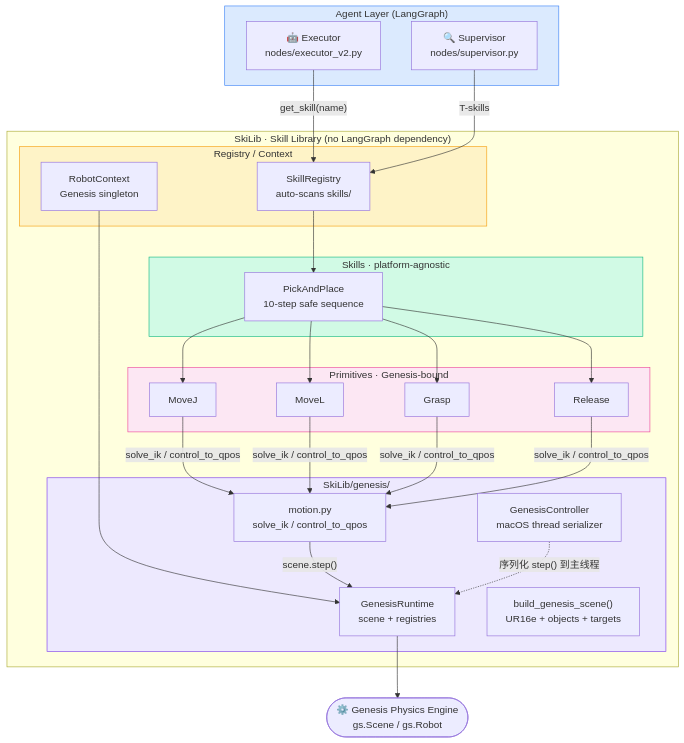
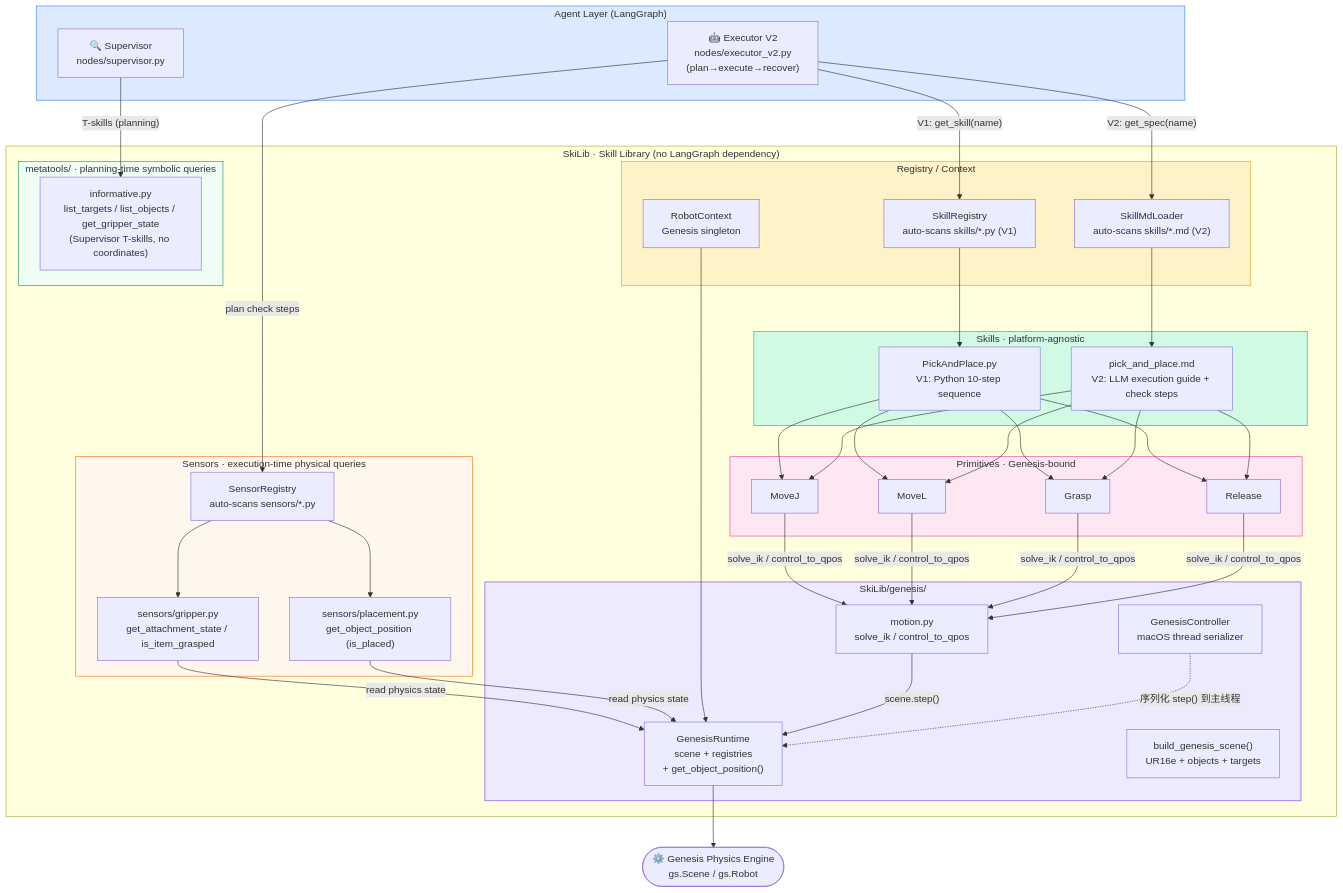
One commit to SniperPigeon/RoboSkiAgent changed the first of 2 diagrams in SkiLib/ARCHITECTURE.md. Above: the diagram before and after it, drawn with Mermaid. The commit also changed other lines of this file and 4 other files, not shown here.

````diff
--- a/SkiLib/ARCHITECTURE.md
+++ b/SkiLib/ARCHITECTURE.md
@@ -11,45 +11,62 @@
 ```mermaid
 graph TB
     subgraph Agent["Agent Layer (LangGraph)"]
-        EXE["🤖 Executor\nnodes/executor_v2.py"]
+        EXE["🤖 Executor V2\nnodes/executor_v2.py\n(plan→execute→recover)"]
         SUP["🔍 Supervisor\nnodes/supervisor.py"]
     end
 
     subgraph SkiLib["SkiLib · Skill Library (no LangGraph dependency)"]
         subgraph Reg["Registry / Context"]
-            SR["SkillRegistry\nauto-scans skills/"]
+            SR["SkillRegistry\nauto-scans skills/*.py (V1)"]
+            SML["SkillMdLoader\nauto-scans skills/*.md (V2)"]
             RC["RobotContext\nGenesis singleton"]
         end
         subgraph Skills["Skills · platform-agnostic"]
-            PaP["PickAndPlace\n10-step safe sequence"]
+            PaP_py["PickAndPlace.py\nV1: Python 10-step sequence"]
+            PaP_md["pick_and_place.md\nV2: LLM execution guide + check steps"]
         end
         subgraph Prims["Primitives · Genesis-bound"]
             MJ["MoveJ"] & ML["MoveL"]
             GR["Grasp"] & RE["Release"]
         end
+        subgraph SensorLayer["Sensors · execution-time physical queries"]
+            SReg["SensorRegistry\nauto-scans sensors/*.py"]
+            SGrip["sensors/gripper.py\nget_attachment_state / is_item_grasped"]
+            SPlace["sensors/placement.py\nget_object_position (is_placed)"]
+        end
+        subgraph Meta["metatools/ · planning-time symbolic queries"]
+            INFO["informative.py\nlist_targets / list_objects / get_gripper_state\n(Supervisor T-skills, no coordinates)"]
+        end
         subgraph Genesis["SkiLib/genesis/"]
-            GRT["GenesisRuntime\nscene + registries"]
+            GRT["GenesisRuntime\nscene + registries\n+ get_object_position()"]
             GSC["build_genesis_scene()\nUR16e + objects + targets"]
             GMO["motion.py\nsolve_ik / control_to_qpos"]
             GCT["GenesisController\nmacOS thread serializer"]
         end
     end
 
     GS(["⚙️ Genesis Physics Engine\ngs.Scene / gs.Robot"])
 
-    EXE -->|"get_skill(name)"| SR
-    SUP -->|"T-skills"| SR
-    SR --> PaP
-    PaP --> MJ & ML & GR & RE
+    EXE -->|"V1: get_skill(name)"| SR
+    EXE -->|"V2: get_spec(name)"| SML
+    EXE -->|"plan check steps"| SReg
+    SUP -->|"T-skills (planning)"| INFO
+    SR --> PaP_py
+    SML --> PaP_md
+    PaP_py & PaP_md --> MJ & ML & GR & RE
+    SReg --> SGrip & SPlace
+    SGrip & SPlace -->|"read physics state"| GRT
     RC --> GRT
     MJ & ML & GR & RE -->|"solve_ik / control_to_qpos"| GMO
     GMO -->|"scene.step()"| GRT
     GRT --> GS
     GCT -.->|"序列化 step() 到主线程"| GRT
 
     style Agent fill:#dbeafe,stroke:#3b82f6
     style Skills fill:#d1fae5,stroke:#10b981
     style Prims fill:#fce7f3,stroke:#ec4899
     style Reg fill:#fef3c7,stroke:#f59e0b
     style Genesis fill:#ede9fe,stroke:#7c3aed
+    style SensorLayer fill:#fff7ed,stroke:#f97316
+    style Meta fill:#f0fdf4,stroke:#16a34a
 ```
````
